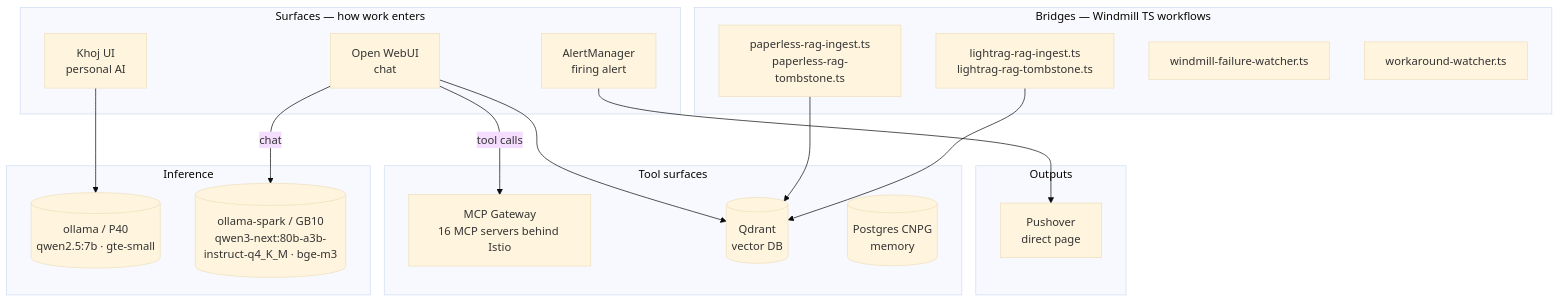
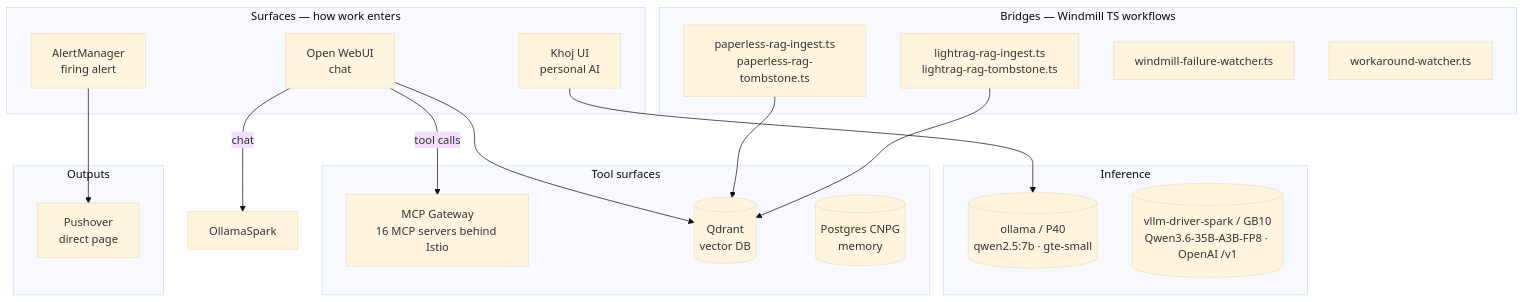
The diagram in docs/src/ai_architecture.md (rwlove/home-ops), drawn with Mermaid (base theme) before and after one commit. The commit also changed other lines of this file and 16 other files, not shown here.

````diff
--- a/docs/src/ai_architecture.md
+++ b/docs/src/ai_architecture.md
@@ -23,39 +23,39 @@
 ```mermaid
 flowchart TB
     subgraph Surfaces[Surfaces — how work enters]
         OWUI[Open WebUI<br/>chat]
         Khoj[Khoj UI<br/>personal AI]
         AM[AlertManager<br/>firing alert]
     end
 
     subgraph Bridges[Bridges — Windmill TS workflows]
         WPaperless[paperless-rag-ingest.ts<br/>paperless-rag-tombstone.ts]
         WLightrag[lightrag-rag-ingest.ts<br/>lightrag-rag-tombstone.ts]
         WFail[windmill-failure-watcher.ts]
         WWork[workaround-watcher.ts]
     end
 
     subgraph Inference[Inference]
         OllamaP40[(ollama / P40<br/>qwen2.5:7b · gte-small)]
-        OllamaSpark[(ollama-spark / GB10<br/>qwen3-next:80b-a3b-instruct-q4_K_M · bge-m3)]
+        VllmDriver[(vllm-driver-spark / GB10<br/>Qwen3.6-35B-A3B-FP8 · OpenAI /v1)]
     end
 
     subgraph Tools[Tool surfaces]
         Gw[MCP Gateway<br/>16 MCP servers behind Istio]
         Q[(Qdrant<br/>vector DB)]
         PG[(Postgres CNPG<br/>memory)]
     end
 
     subgraph Outputs[Outputs]
         Push[Pushover<br/>direct page]
     end
 
     OWUI -->|chat| OllamaSpark
     OWUI -->|tool calls| Gw
     OWUI --> Q
     Khoj --> OllamaP40
     AM --> Push
 
     WPaperless --> Q
     WLightrag --> Q
 ```
````
